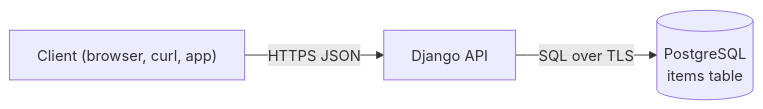
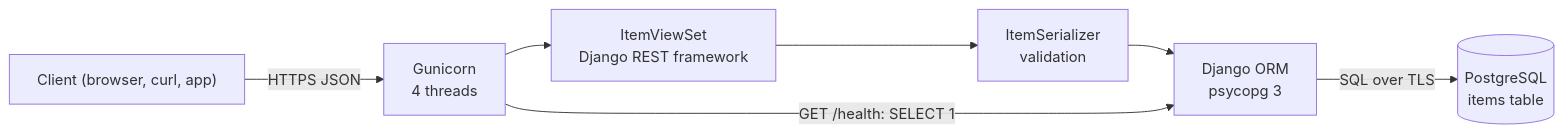
One commit to light-cloud-com/templates changed the diagram in starters/crud-api-django/README.md. Above: the diagram before and after it, drawn with Mermaid. The commit also changed other lines of this file and 2 other files, not shown here.

First line of the commit message:
README: Django REST framework PostgreSQL API starter landing page

````diff
--- a/starters/crud-api-django/README.md
+++ b/starters/crud-api-django/README.md
@@ -9,5 +134,9 @@
 ```mermaid
 flowchart LR
-    client["Client (browser, curl, app)"] -->|HTTPS JSON| api["Django API"]
-    api -->|SQL over TLS| db[("PostgreSQL<br/>items table")]
+    client["Client (browser, curl, app)"] -->|HTTPS JSON| gunicorn["Gunicorn<br/>4 threads"]
+    gunicorn --> viewset["ItemViewSet<br/>Django REST framework"]
+    viewset --> serializer["ItemSerializer<br/>validation"]
+    serializer --> orm["Django ORM<br/>psycopg 3"]
+    orm -->|SQL over TLS| db[("PostgreSQL<br/>items table")]
+    gunicorn -->|"GET /health: SELECT 1"| orm
 ```
````
